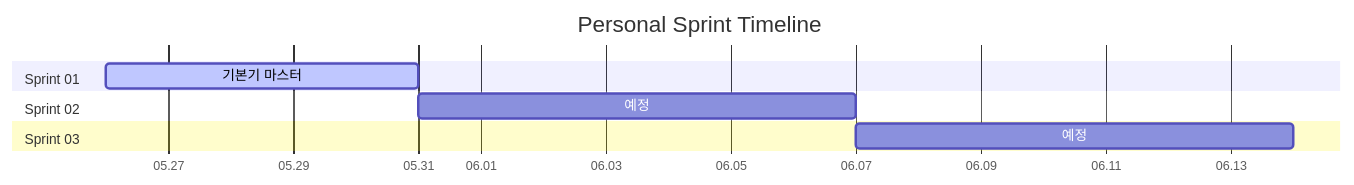
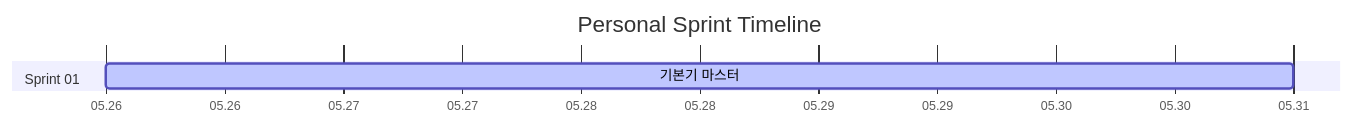
One commit to Vryez11/personal-sprint changed the diagram in README.md. Above: the diagram before and after it, drawn with Mermaid. The commit also changed other lines of this file, not shown here.

````diff
--- a/README.md
+++ b/README.md
@@ -17,12 +17,8 @@
 ```mermaid
 gantt
     title Personal Sprint Timeline
     dateFormat YYYY-MM-DD
     axisFormat %m.%d
     section Sprint 01
     기본기 마스터 :active, s1, 2026-05-26, 2026-05-31
-    section Sprint 02
-    예정          :s2, after s1, 7d
-    section Sprint 03
-    예정          :s3, after s2, 7d
 ```
````
